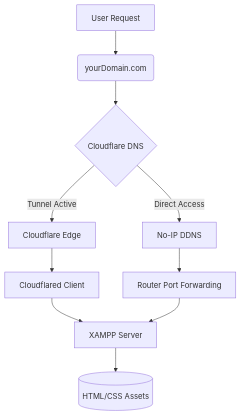
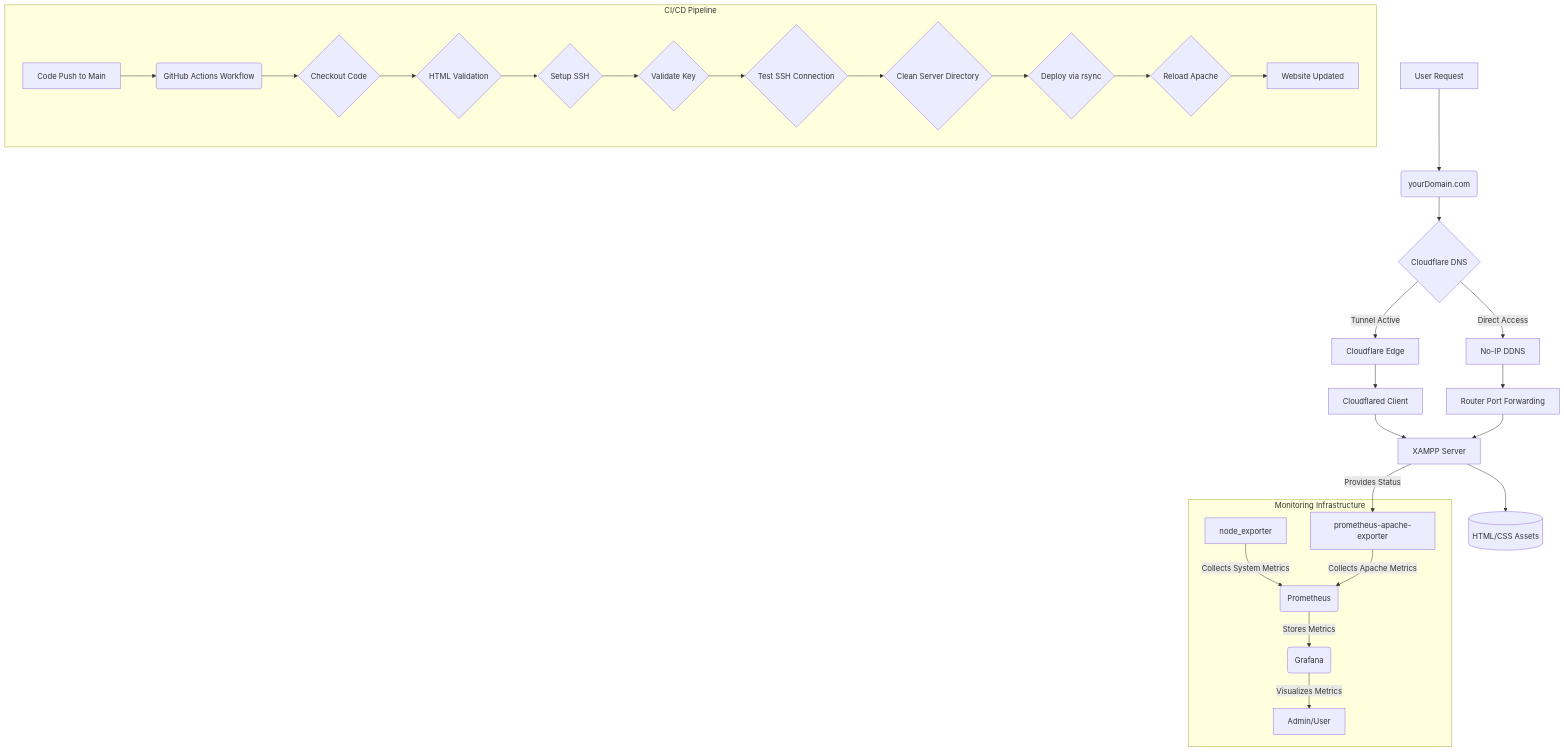
Before and after one commit to Anamelechi/Home-Server-Hosting-Solution-With-Cloudflare-Tunnel: the diagram in README.md, drawn with Mermaid. The commit also changed other lines of this file and 10 other files, not shown here.

````diff
--- a/README.md
+++ b/README.md
@@ -103,11 +108,30 @@
 ```mermaid
-graph TD
+ graph TD
     A[User Request] --> B(yourDomain.com)
     B --> C{Cloudflare DNS}
     C -->|Tunnel Active| D[Cloudflare Edge]
     C -->|Direct Access| E[No-IP DDNS]
     D --> F[Cloudflared Client]
     E --> G[Router Port Forwarding]
     F & G --> H[XAMPP Server]
     H --> I[(HTML/CSS Assets)]
+    subgraph Monitoring Infrastructure
+        J[node_exporter] -- Collects System Metrics --> K(Prometheus)
+        L[prometheus-apache-exporter] -- Collects Apache Metrics --> K
+        K -- Stores Metrics --> M(Grafana)
+        M -- Visualizes Metrics --> N[Admin/User]
+    end
+    H -- Provides Status --> L
+    subgraph CI/CD Pipeline
+        O[Code Push to Main] --> P(GitHub Actions Workflow)
+        P --> Q{Checkout Code}
+        Q --> R{HTML Validation}
+        R --> S{Setup SSH}
+        S --> T{Validate Key}
+        T --> U{Test SSH Connection}
+        U --> V{Clean Server Directory}
+        V --> W{Deploy via rsync}
+        W --> X{Reload Apache}
+        X --> Y[Website Updated]
+    end 
 ```
````
